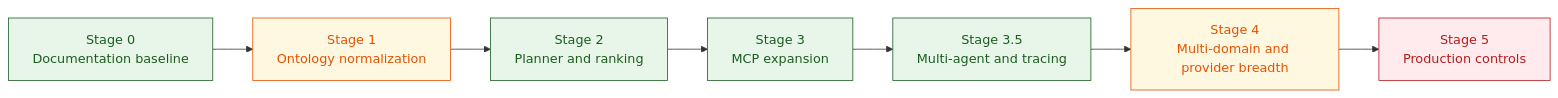
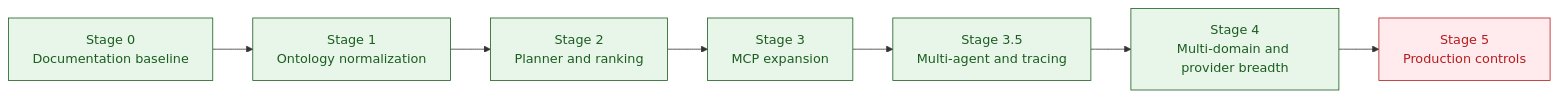
The diagram in docs/12_future_improvements.md (wchen-dea/Agentic-AI-Healthcare-GraphRAG), drawn with Mermaid before and after one commit. The commit also changed other lines of this file and 9 other files, not shown here.

````diff
--- a/docs/12_future_improvements.md
+++ b/docs/12_future_improvements.md
@@ -104,20 +111,19 @@
 ```mermaid
 flowchart LR
 	S0[Stage 0\nDocumentation baseline]
 	S1[Stage 1\nOntology normalization]
 	S2[Stage 2\nPlanner and ranking]
 	S3[Stage 3\nMCP expansion]
 	S35[Stage 3.5\nMulti-agent and tracing]
 	S4[Stage 4\nMulti-domain and provider breadth]
 	S5[Stage 5\nProduction controls]
 
 	S0 --> S1 --> S2 --> S3 --> S35 --> S4 --> S5
 
 	classDef done fill:#e8f5e9,stroke:#1b5e20,stroke-width:1px,color:#1b5e20;
 	classDef progress fill:#fff8e1,stroke:#e65100,stroke-width:1px,color:#e65100;
 	classDef pending fill:#ffebee,stroke:#b71c1c,stroke-width:1px,color:#b71c1c;
 
-	class S0,S2,S3,S35 done;
-	class S1,S4 progress;
+	class S0,S1,S2,S3,S35,S4 done;
 	class S5 pending;
 ```
````
